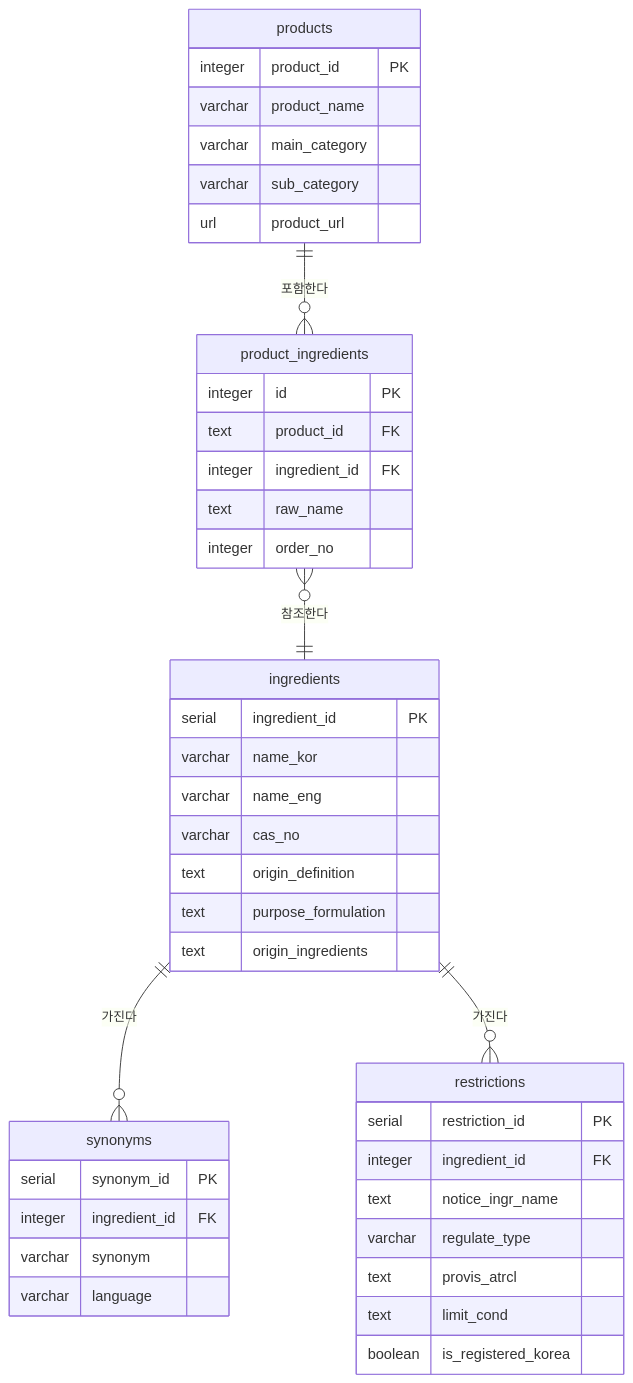
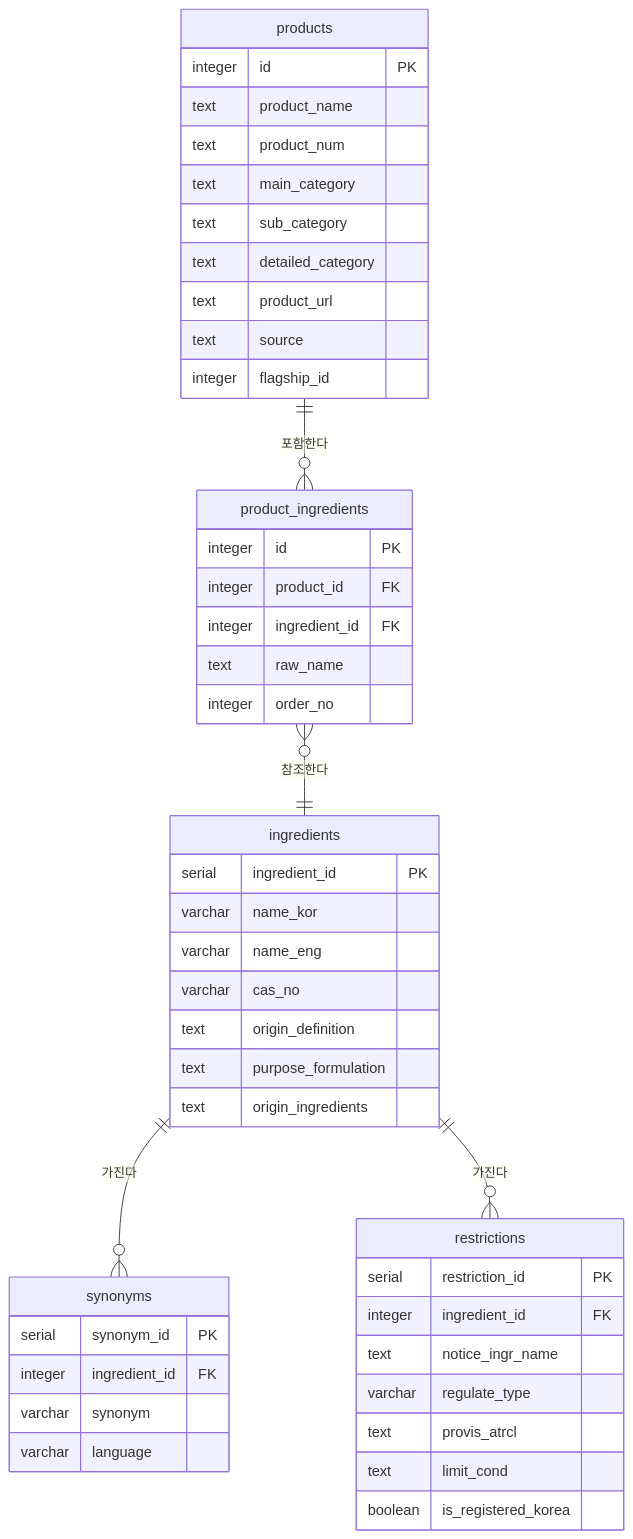
Before and after one commit to cosmos-incicrew/cosmos_server: the diagram in supabase/schema.md, drawn with Mermaid. The commit also changed other lines of this file, not shown here.

````diff
--- a/supabase/schema.md
+++ b/supabase/schema.md
@@ -7,46 +7,50 @@
 ```mermaid
 erDiagram
     products ||--o{ product_ingredients : "포함한다"
     product_ingredients }o--|| ingredients : "참조한다"
     ingredients ||--o{ synonyms : "가진다"
     ingredients ||--o{ restrictions : "가진다"
 
     products {
-        integer product_id PK
-        varchar product_name
-        varchar main_category
-        varchar sub_category
-        url product_url
+        integer id PK
+        text product_name
+        text product_num
+        text main_category
+        text sub_category
+        text detailed_category
+        text product_url
+        text source
+        integer flagship_id
     }
     product_ingredients {
         integer id PK
-        text product_id FK
+        integer product_id FK
         integer ingredient_id FK
         text raw_name
         integer order_no
     }
     ingredients {
         serial ingredient_id PK
         varchar name_kor
         varchar name_eng
         varchar cas_no
         text origin_definition
         text purpose_formulation
         text origin_ingredients
     }
     synonyms {
         serial synonym_id PK
         integer ingredient_id FK
         varchar synonym
         varchar language
     }
     restrictions {
         serial restriction_id PK
         integer ingredient_id FK
         text notice_ingr_name
         varchar regulate_type
         text provis_atrcl
         text limit_cond
         boolean is_registered_korea
     }
 ```
````
